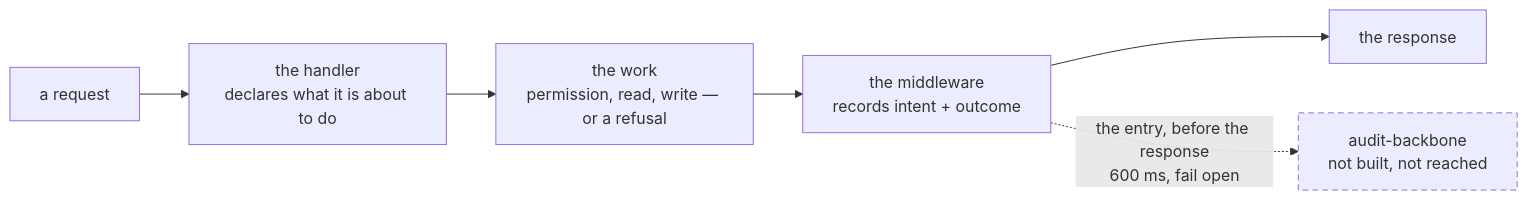
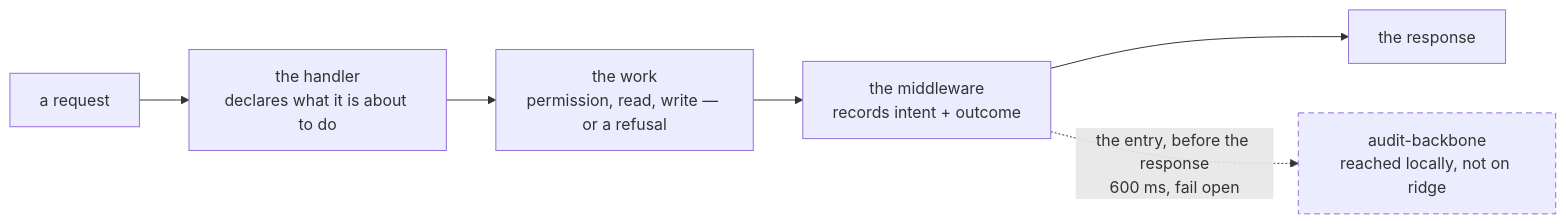
The diagram in docs/activity-log.md (ancJ29/credo), drawn with Mermaid before and after one commit. The commit also changed other lines of this file and 16 other files, not shown here.

````diff
--- a/docs/activity-log.md
+++ b/docs/activity-log.md
@@ -55,13 +60,13 @@
 ```mermaid
 flowchart LR
   req["a request"]
   ctl["the handler<br/>declares what it is about to do"]
   work["the work<br/>permission, read, write — or a refusal"]
   mw["the middleware<br/>records intent + outcome"]
   res["the response"]
-  ab["audit-backbone<br/>not built, not reached"]
+  ab["audit-backbone<br/>reached locally, not on ridge"]
   req --> ctl --> work --> mw --> res
   mw -. "the entry, before the response<br/>600 ms, fail open" .-> ab
   classDef intended stroke-dasharray: 6 4
   class ab intended
 ```
````
